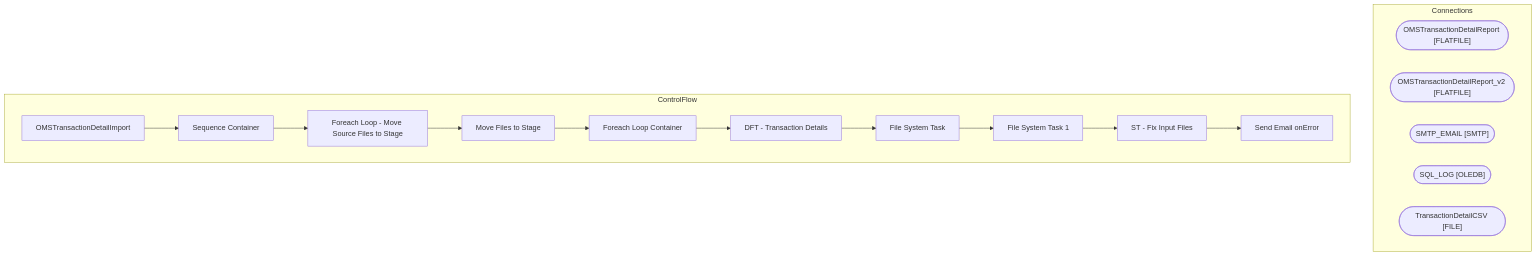
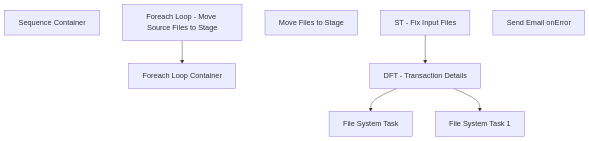
Before and after one commit to juanandresbrain/BABSkills: the diagram in bab-docs-explorer/Documentation/STL-SSIS-P-01/SSIS/SSIS/WebOrderProcessing.OMSTransactionDetailImport.md, drawn with Mermaid. The commit also changed other lines of this file and 273 other files, not shown here.

````diff
--- a/bab-docs-explorer/Documentation/STL-SSIS-P-01/SSIS/SSIS/WebOrderProcessing.OMSTransactionDetailImport.md
+++ b/bab-docs-explorer/Documentation/STL-SSIS-P-01/SSIS/SSIS/WebOrderProcessing.OMSTransactionDetailImport.md
@@ -9,31 +48,16 @@
 ```mermaid
 flowchart TD
-    subgraph Connections
-        OMSTransactionDetailReport_conn(["OMSTransactionDetailReport [FLATFILE]"])
-        OMSTransactionDetailReport_v2_conn(["OMSTransactionDetailReport_v2 [FLATFILE]"])
-        SMTP_EMAIL_conn(["SMTP_EMAIL [SMTP]"])
-        SQL_LOG_conn(["SQL_LOG [OLEDB]"])
-        TransactionDetailCSV_conn(["TransactionDetailCSV [FILE]"])
-    end
-    subgraph ControlFlow
-        OMSTransactionDetailImport_task["OMSTransactionDetailImport"]
-        Sequence_Container_task["Sequence Container"]
-        OMSTransactionDetailImport_task --> Sequence_Container_task
-        Foreach_Loop___Move_Source_Files_to_Stage_task["Foreach Loop - Move Source Files to Stage"]
-        Sequence_Container_task --> Foreach_Loop___Move_Source_Files_to_Stage_task
-        Move_Files_to_Stage_task["Move Files to Stage"]
-        Foreach_Loop___Move_Source_Files_to_Stage_task --> Move_Files_to_Stage_task
-        Foreach_Loop_Container_task["Foreach Loop Container"]
-        Move_Files_to_Stage_task --> Foreach_Loop_Container_task
-        DFT___Transaction_Details_task["DFT - Transaction Details"]
-        Foreach_Loop_Container_task --> DFT___Transaction_Details_task
-        File_System_Task_task["File System Task"]
-        DFT___Transaction_Details_task --> File_System_Task_task
-        File_System_Task_1_task["File System Task 1"]
-        File_System_Task_task --> File_System_Task_1_task
-        ST___Fix_Input_Files_task["ST - Fix Input Files"]
-        File_System_Task_1_task --> ST___Fix_Input_Files_task
-        Send_Email_onError_task["Send Email onError"]
-        ST___Fix_Input_Files_task --> Send_Email_onError_task
-    end
+    n_Package_Sequence_Container["Sequence Container"]
+    n_Package_Sequence_Container_Foreach_Loop___Move_Source_Files_to_Stage["Foreach Loop - Move Source Files to Stage"]
+    n_Package_Sequence_Container_Foreach_Loop___Move_Source_Files_to_Stage_Move_Files_to_Stage["Move Files to Stage"]
+    n_Package_Sequence_Container_Foreach_Loop_Container["Foreach Loop Container"]
+    n_Package_Sequence_Container_Foreach_Loop_Container_DFT___Transaction_Details["DFT - Transaction Details"]
+    n_Package_Sequence_Container_Foreach_Loop_Container_File_System_Task["File System Task"]
+    n_Package_Sequence_Container_Foreach_Loop_Container_File_System_Task_1["File System Task 1"]
+    n_Package_Sequence_Container_Foreach_Loop_Container_ST___Fix_Input_Files["ST - Fix Input Files"]
+    n_Package_EventHandlers_OnError__Send_Email_onError["Send Email onError"]
+    n_Package_Sequence_Container_Foreach_Loop_Container_DFT___Transaction_Details --> n_Package_Sequence_Container_Foreach_Loop_Container_File_System_Task
+    n_Package_Sequence_Container_Foreach_Loop_Container_ST___Fix_Input_Files --> n_Package_Sequence_Container_Foreach_Loop_Container_DFT___Transaction_Details
+    n_Package_Sequence_Container_Foreach_Loop_Container_DFT___Transaction_Details --> n_Package_Sequence_Container_Foreach_Loop_Container_File_System_Task_1
+    n_Package_Sequence_Container_Foreach_Loop___Move_Source_Files_to_Stage --> n_Package_Sequence_Container_Foreach_Loop_Container
 ```
````
